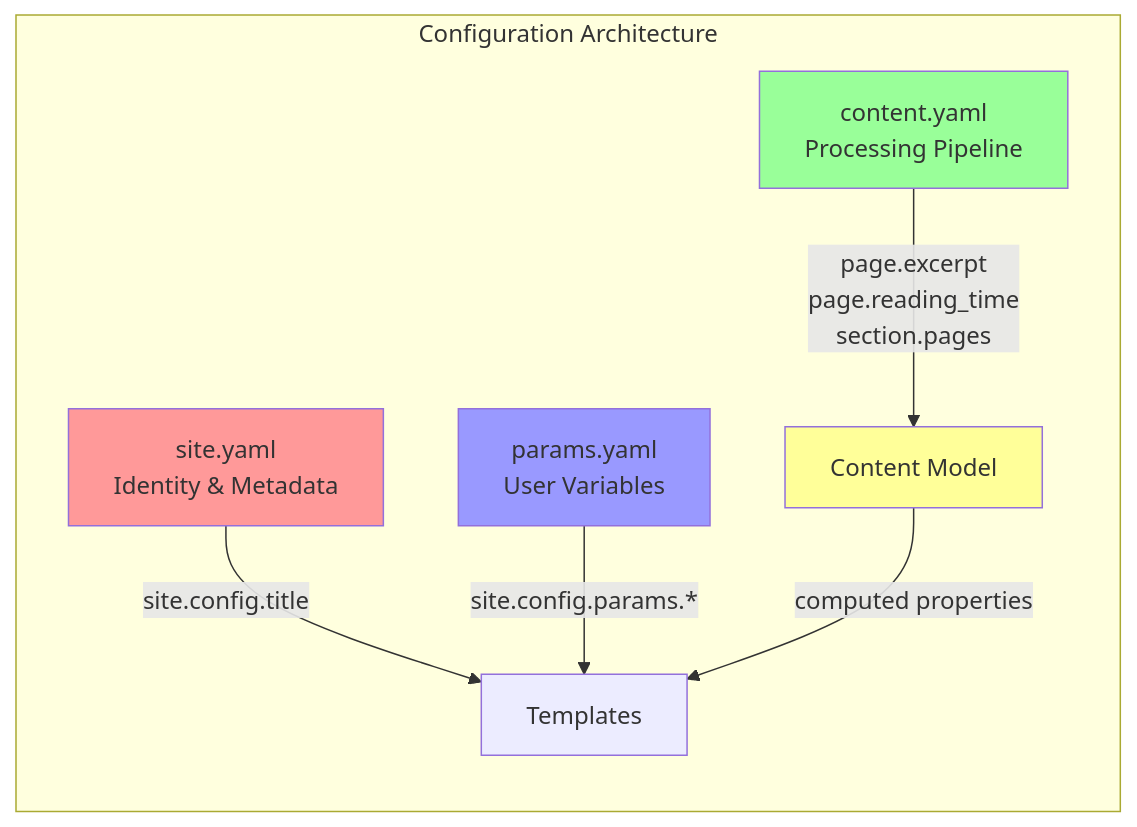
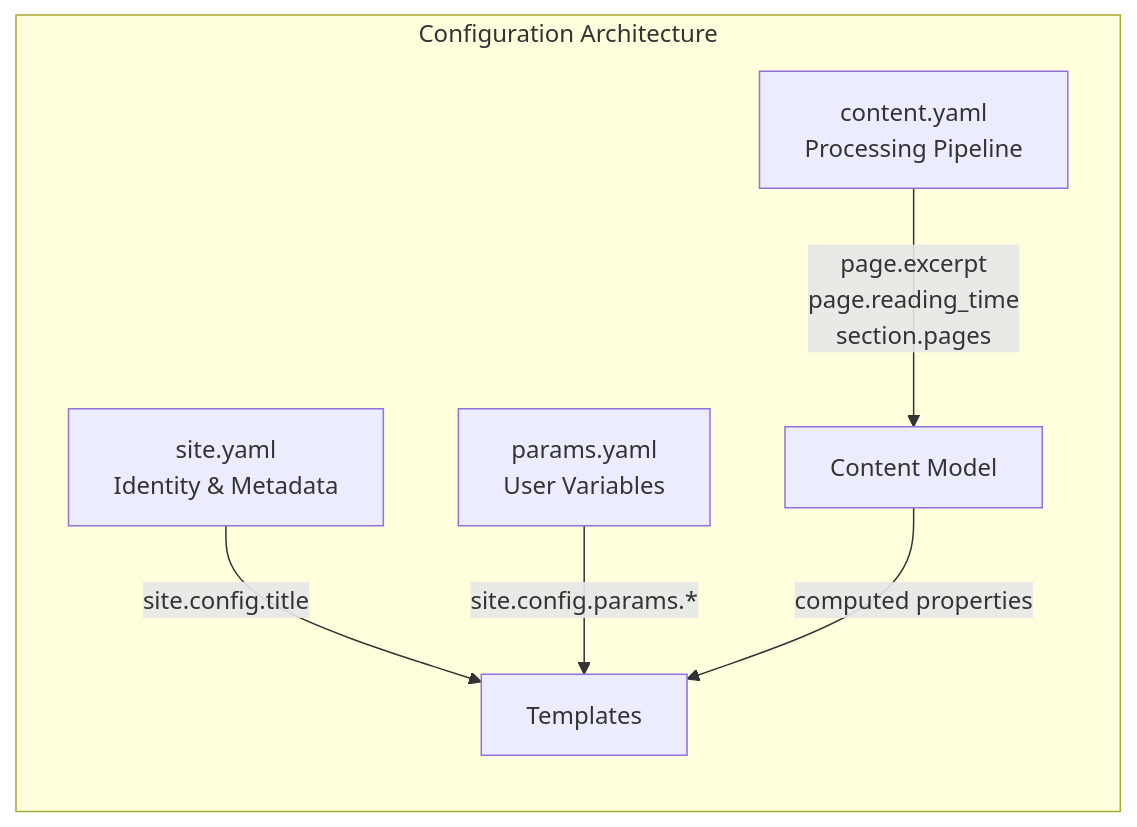
One commit to lbliii/bengal changed the diagram in site/content/architecture/tooling/config.md. Above: the diagram before and after it, drawn with Mermaid. The commit also changed 13 other files, not shown here.

Commit message:
mermaid enhancements

````diff
--- a/site/content/architecture/tooling/config.md
+++ b/site/content/architecture/tooling/config.md
@@ -18,18 +18,13 @@
 ```mermaid
 graph LR
     subgraph "Configuration Architecture"
         Site[site.yaml<br/>Identity & Metadata]
         Content[content.yaml<br/>Processing Pipeline]
         Params[params.yaml<br/>User Variables]
 
         Site -->|"site.config.title"| Templates[Templates]
         Content -->|"page.excerpt<br/>page.reading_time<br/>section.pages"| CoreModel[Content Model]
         Params -->|"site.config.params.*"| Templates
         CoreModel -->|"computed properties"| Templates
     end
-
-    style Site fill:#ff9999
-    style Content fill:#99ff99
-    style Params fill:#9999ff
-    style CoreModel fill:#ffff99
 ```
````
